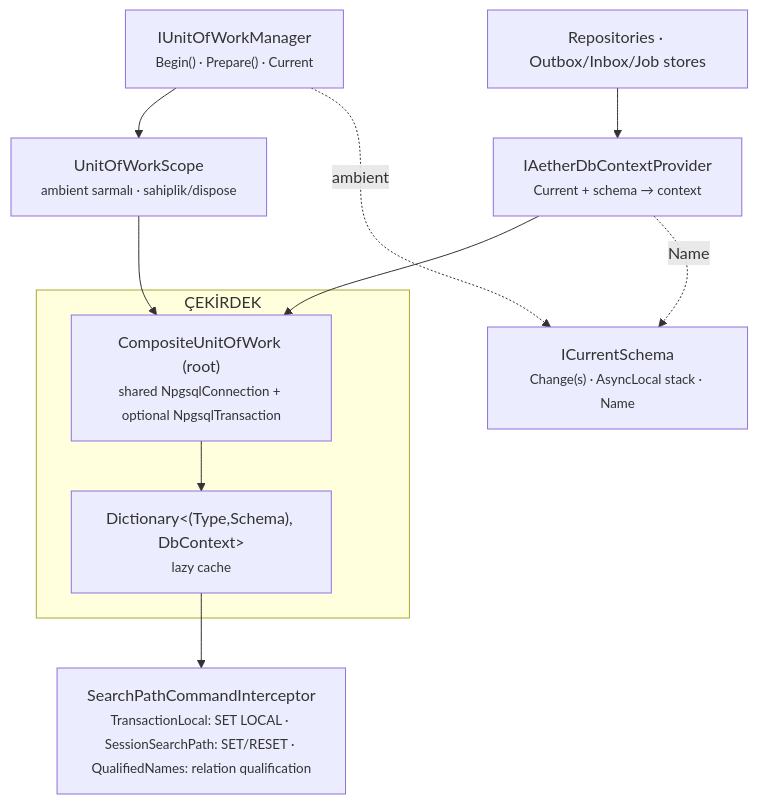
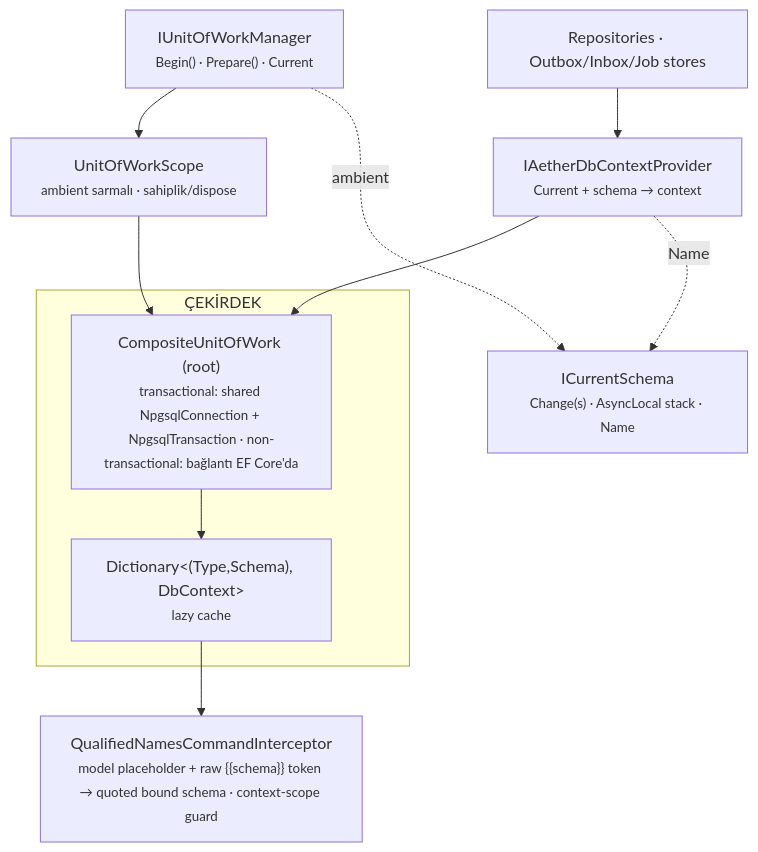
The diagram in framework/docs/multi-schema/ADOPTION-GUIDE.md (burgan-tech/aether), drawn with Mermaid before and after one commit. The commit also changed other lines of this file and 30 other files, not shown here.

````diff
--- a/framework/docs/multi-schema/ADOPTION-GUIDE.md
+++ b/framework/docs/multi-schema/ADOPTION-GUIDE.md
@@ -294,20 +285,20 @@
 ```mermaid
 flowchart TB
     CS["ICurrentSchema<br/><small>Change(s) · AsyncLocal stack · Name</small>"]
     MGR["IUnitOfWorkManager<br/><small>Begin() · Prepare() · Current</small>"]
     subgraph CORE["ÇEKİRDEK"]
-      CUOW["CompositeUnitOfWork (root)<br/><small>shared NpgsqlConnection + optional NpgsqlTransaction</small>"]
+      CUOW["CompositeUnitOfWork (root)<br/><small>transactional: shared NpgsqlConnection + NpgsqlTransaction · non-transactional: bağlantı EF Core'da</small>"]
       CACHE["Dictionary&lt;(Type,Schema), DbContext&gt;<br/><small>lazy cache</small>"]
     end
     SCOPE["UnitOfWorkScope<br/><small>ambient sarmalı · sahiplik/dispose</small>"]
     PROV["IAetherDbContextProvider<br/><small>Current + schema → context</small>"]
-    INT["SearchPathCommandInterceptor<br/><small>TransactionLocal: SET LOCAL · SessionSearchPath: SET/RESET · QualifiedNames: relation qualification</small>"]
+    INT["QualifiedNamesCommandInterceptor<br/><small>model placeholder + raw {{schema}} token → quoted bound schema · context-scope guard</small>"]
     REPO["Repositories · Outbox/Inbox/Job stores"]
 
     MGR --> SCOPE --> CUOW --> CACHE
     MGR -.->|ambient| CS
     PROV --> CUOW
     REPO --> PROV
     CACHE --> INT
     PROV -.->|Name| CS
 ```
````
